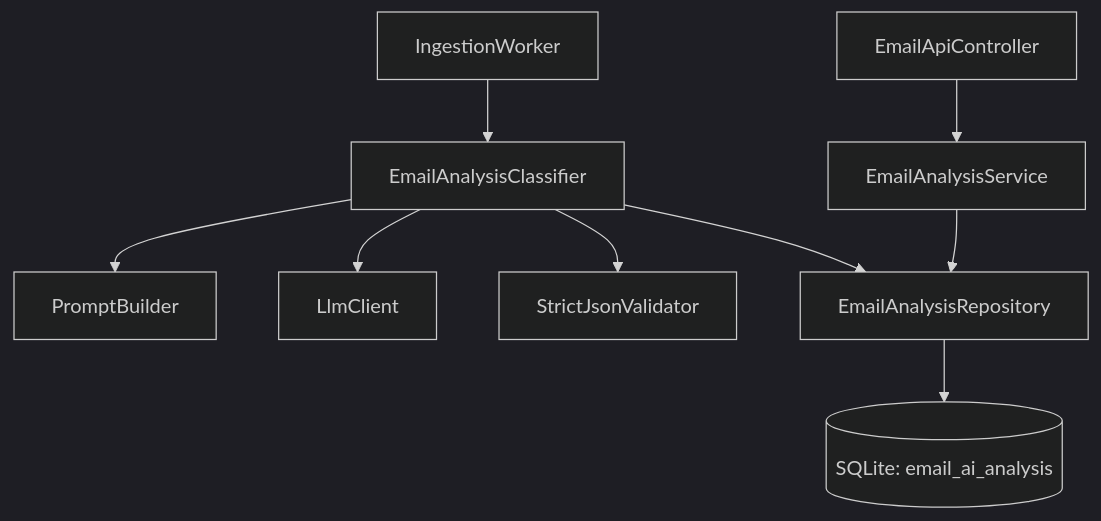
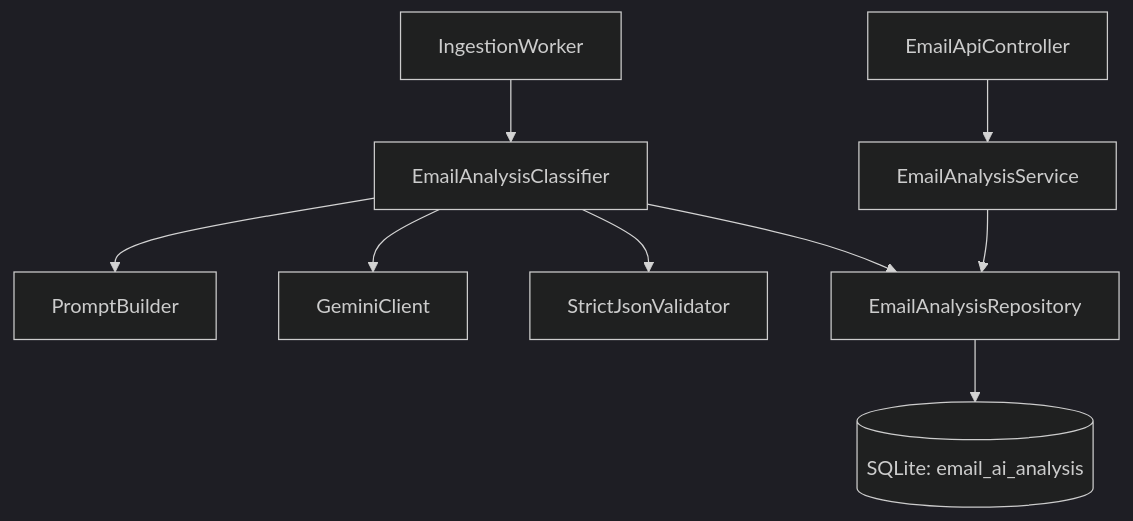
Before and after one commit to XunSong02/OutlookPlus: diagram 13 of 20 in backend/backend_specification_Modules.md, drawn with Mermaid (dark theme). The commit also changed other lines of this file and 8 other files, not shown here.

````diff
--- a/backend/backend_specification_Modules.md
+++ b/backend/backend_specification_Modules.md
@@ -981,11 +1120,11 @@
 ```mermaid
 flowchart TB
 	Worker[IngestionWorker] --> Classifier[EmailAnalysisClassifier]
 	Classifier --> Prompt[PromptBuilder]
-	Classifier --> LLM[LlmClient]
+	Classifier --> LLM[GeminiClient]
 	Classifier --> Validate[StrictJsonValidator]
 	Classifier --> Repo[EmailAnalysisRepository]
 	Repo --> DB[(SQLite: email_ai_analysis)]
 	API[EmailApiController] --> Svc[EmailAnalysisService]
 	Svc --> Repo
 ```
````
